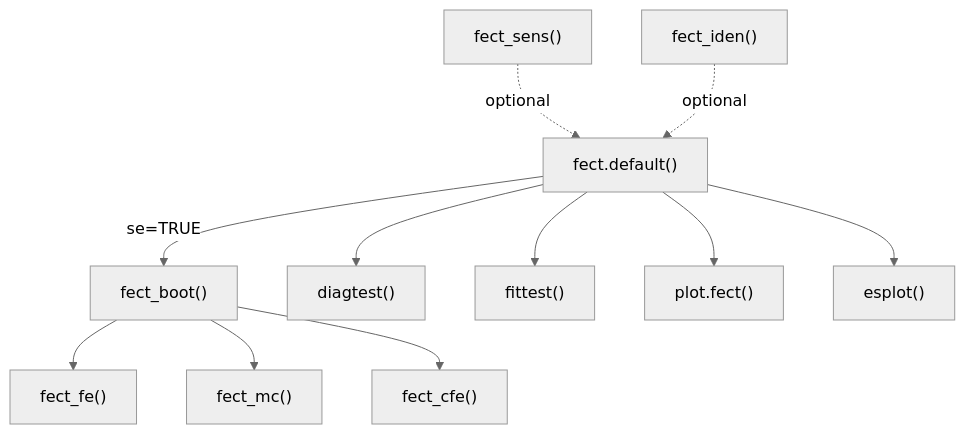
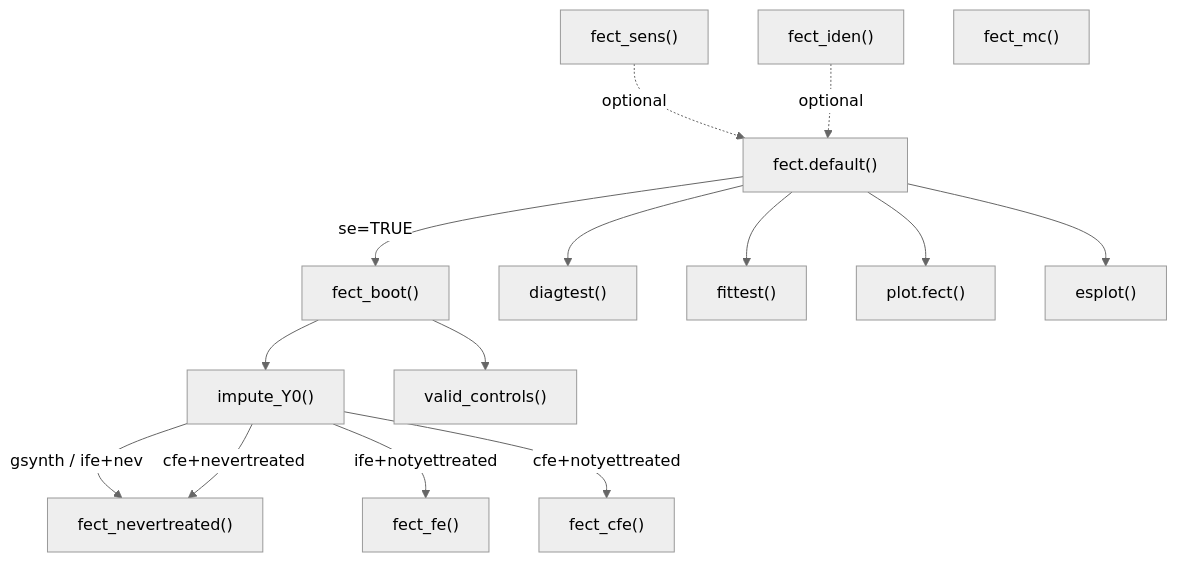
One commit to xuyiqing/fect changed the third of 5 diagrams in ARCHITECTURE.md. Above: the diagram before and after it, drawn with Mermaid. The commit also changed other lines of this file, not shown here.

Commit message:
docs: architecture + process record for paraboot refactor (2026-04-13)

````diff
--- a/ARCHITECTURE.md
+++ b/ARCHITECTURE.md
@@ -191,26 +203,32 @@
 ```mermaid
 %%{init: {'theme': 'neutral'}}%%
 graph TD
     F3["fect.default()"]
     B1["fect_boot()"]
+    IY["impute_Y0()"]
+    VC["valid_controls()"]
     D1["diagtest()"]
     D2["fittest()"]
     D3["fect_sens()"]
     D4["fect_iden()"]
     F5["fect_fe()"]
     F6["fect_mc()"]
     F7["fect_cfe()"]
+    F8["fect_nevertreated()"]
     PL["plot.fect()"]
     ES["esplot()"]
 
     F3 -->|"se=TRUE"| B1
     F3 --> D1
     F3 --> D2
-    B1 --> F5
-    B1 --> F6
-    B1 --> F7
+    B1 --> VC
+    B1 --> IY
+    IY -->|"gsynth / ife+nev"| F8
+    IY -->|"ife+notyettreated"| F5
+    IY -->|"cfe+notyettreated"| F7
+    IY -->|"cfe+nevertreated"| F8
     F3 --> PL
     F3 --> ES
     D3 -.->|"optional"| F3
     D4 -.->|"optional"| F3
 ```
````
